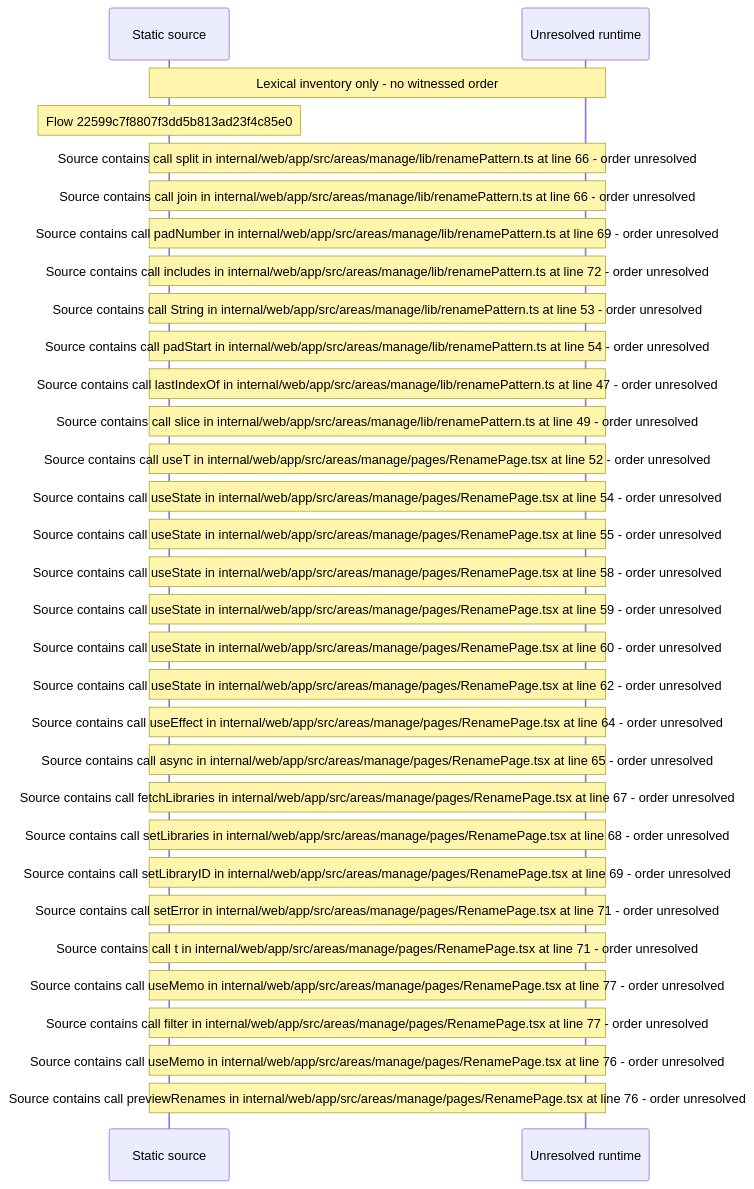
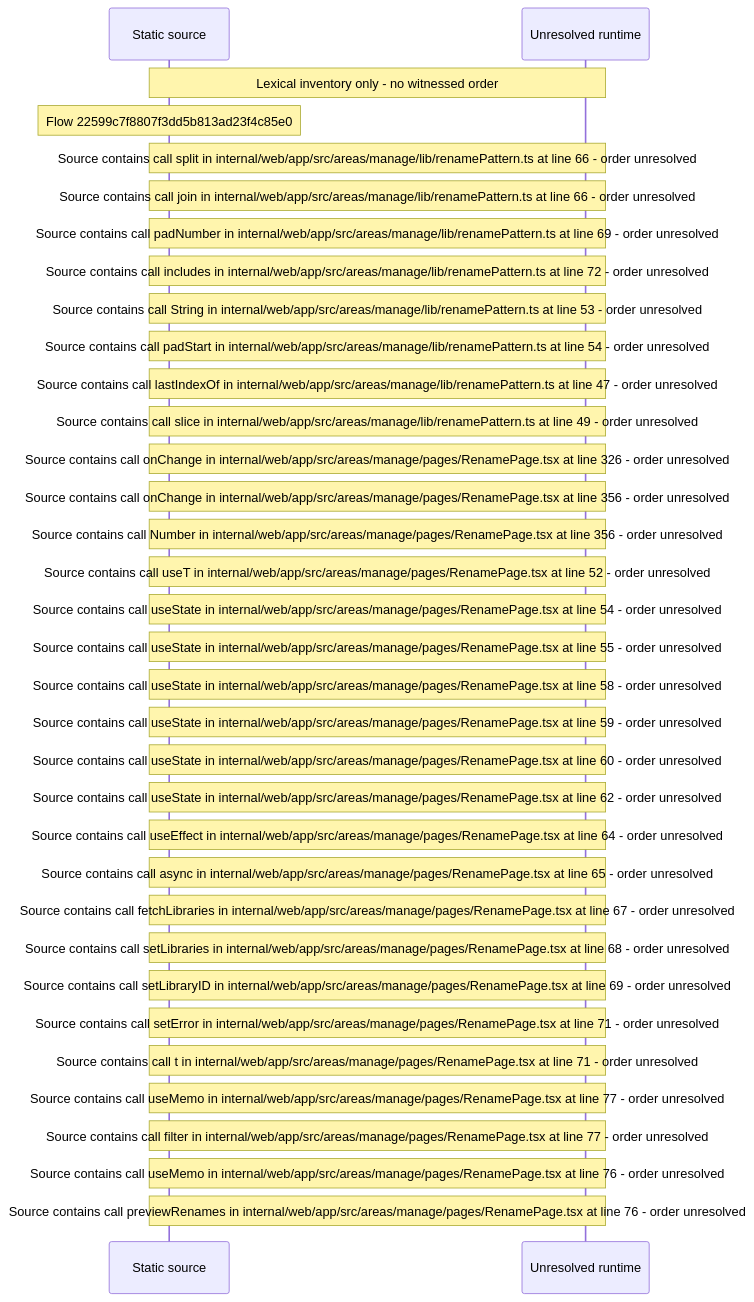
Before and after one commit to beamfall/core: the diagram in docs/web/flows/generated/22599c7f8807f3dd5b813ad23f4c85e0/flow-diagram.md, drawn with Mermaid. The commit also changed other lines of this file and 707 other files, not shown here.

Commit message:
Regenerate the web flow record with flow generator version 6

````diff
--- a/docs/web/flows/generated/22599c7f8807f3dd5b813ad23f4c85e0/flow-diagram.md
+++ b/docs/web/flows/generated/22599c7f8807f3dd5b813ad23f4c85e0/flow-diagram.md
@@ -10,33 +10,36 @@
 ```mermaid
 sequenceDiagram
     participant S as Static source
     participant U as Unresolved runtime
     Note over S,U: Lexical inventory only - no witnessed order
     Note over S: Flow 22599c7f8807f3dd5b813ad23f4c85e0
     Note over S,U: Source contains call split in internal/web/app/src/areas/manage/lib/renamePattern.ts at line 66 - order unresolved
     Note over S,U: Source contains call join in internal/web/app/src/areas/manage/lib/renamePattern.ts at line 66 - order unresolved
     Note over S,U: Source contains call padNumber in internal/web/app/src/areas/manage/lib/renamePattern.ts at line 69 - order unresolved
     Note over S,U: Source contains call includes in internal/web/app/src/areas/manage/lib/renamePattern.ts at line 72 - order unresolved
     Note over S,U: Source contains call String in internal/web/app/src/areas/manage/lib/renamePattern.ts at line 53 - order unresolved
     Note over S,U: Source contains call padStart in internal/web/app/src/areas/manage/lib/renamePattern.ts at line 54 - order unresolved
     Note over S,U: Source contains call lastIndexOf in internal/web/app/src/areas/manage/lib/renamePattern.ts at line 47 - order unresolved
     Note over S,U: Source contains call slice in internal/web/app/src/areas/manage/lib/renamePattern.ts at line 49 - order unresolved
+    Note over S,U: Source contains call onChange in internal/web/app/src/areas/manage/pages/RenamePage.tsx at line 326 - order unresolved
+    Note over S,U: Source contains call onChange in internal/web/app/src/areas/manage/pages/RenamePage.tsx at line 356 - order unresolved
+    Note over S,U: Source contains call Number in internal/web/app/src/areas/manage/pages/RenamePage.tsx at line 356 - order unresolved
     Note over S,U: Source contains call useT in internal/web/app/src/areas/manage/pages/RenamePage.tsx at line 52 - order unresolved
     Note over S,U: Source contains call useState in internal/web/app/src/areas/manage/pages/RenamePage.tsx at line 54 - order unresolved
     Note over S,U: Source contains call useState in internal/web/app/src/areas/manage/pages/RenamePage.tsx at line 55 - order unresolved
     Note over S,U: Source contains call useState in internal/web/app/src/areas/manage/pages/RenamePage.tsx at line 58 - order unresolved
     Note over S,U: Source contains call useState in internal/web/app/src/areas/manage/pages/RenamePage.tsx at line 59 - order unresolved
     Note over S,U: Source contains call useState in internal/web/app/src/areas/manage/pages/RenamePage.tsx at line 60 - order unresolved
     Note over S,U: Source contains call useState in internal/web/app/src/areas/manage/pages/RenamePage.tsx at line 62 - order unresolved
     Note over S,U: Source contains call useEffect in internal/web/app/src/areas/manage/pages/RenamePage.tsx at line 64 - order unresolved
     Note over S,U: Source contains call async in internal/web/app/src/areas/manage/pages/RenamePage.tsx at line 65 - order unresolved
     Note over S,U: Source contains call fetchLibraries in internal/web/app/src/areas/manage/pages/RenamePage.tsx at line 67 - order unresolved
     Note over S,U: Source contains call setLibraries in internal/web/app/src/areas/manage/pages/RenamePage.tsx at line 68 - order unresolved
     Note over S,U: Source contains call setLibraryID in internal/web/app/src/areas/manage/pages/RenamePage.tsx at line 69 - order unresolved
     Note over S,U: Source contains call setError in internal/web/app/src/areas/manage/pages/RenamePage.tsx at line 71 - order unresolved
     Note over S,U: Source contains call t in internal/web/app/src/areas/manage/pages/RenamePage.tsx at line 71 - order unresolved
     Note over S,U: Source contains call useMemo in internal/web/app/src/areas/manage/pages/RenamePage.tsx at line 77 - order unresolved
     Note over S,U: Source contains call filter in internal/web/app/src/areas/manage/pages/RenamePage.tsx at line 77 - order unresolved
     Note over S,U: Source contains call useMemo in internal/web/app/src/areas/manage/pages/RenamePage.tsx at line 76 - order unresolved
     Note over S,U: Source contains call previewRenames in internal/web/app/src/areas/manage/pages/RenamePage.tsx at line 76 - order unresolved
 ```
````
